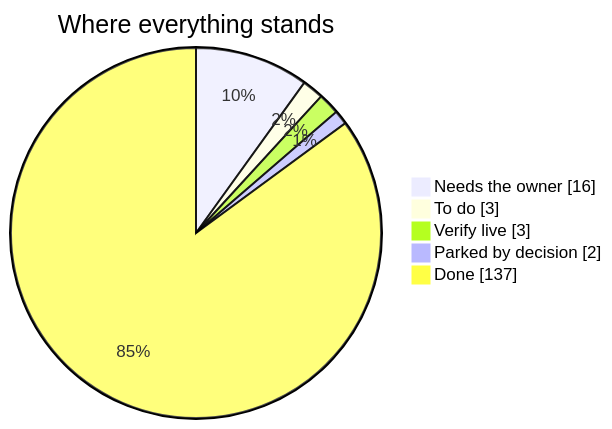
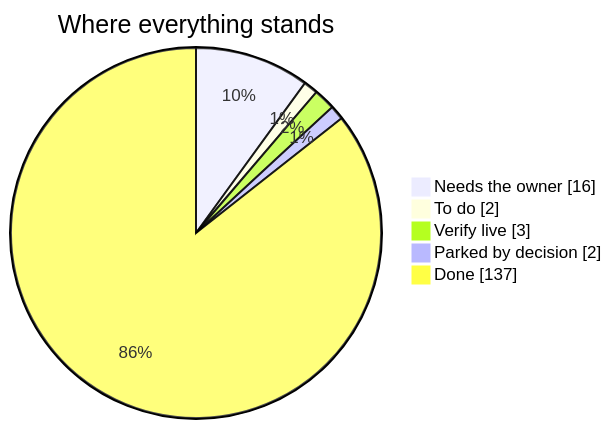
One commit to divitkej/gradlink changed the diagram in launch-board/README.md. Above: the diagram before and after it, drawn with Mermaid. The commit also changed other lines of this file and 4 other files, not shown here.

````diff
--- a/launch-board/README.md
+++ b/launch-board/README.md
@@ -11,9 +11,9 @@
 ```mermaid
 pie showData
   title Where everything stands
   "Needs the owner" : 16
-  "To do" : 3
+  "To do" : 2
   "Verify live" : 3
   "Parked by decision" : 2
   "Done" : 137
 ```
````
